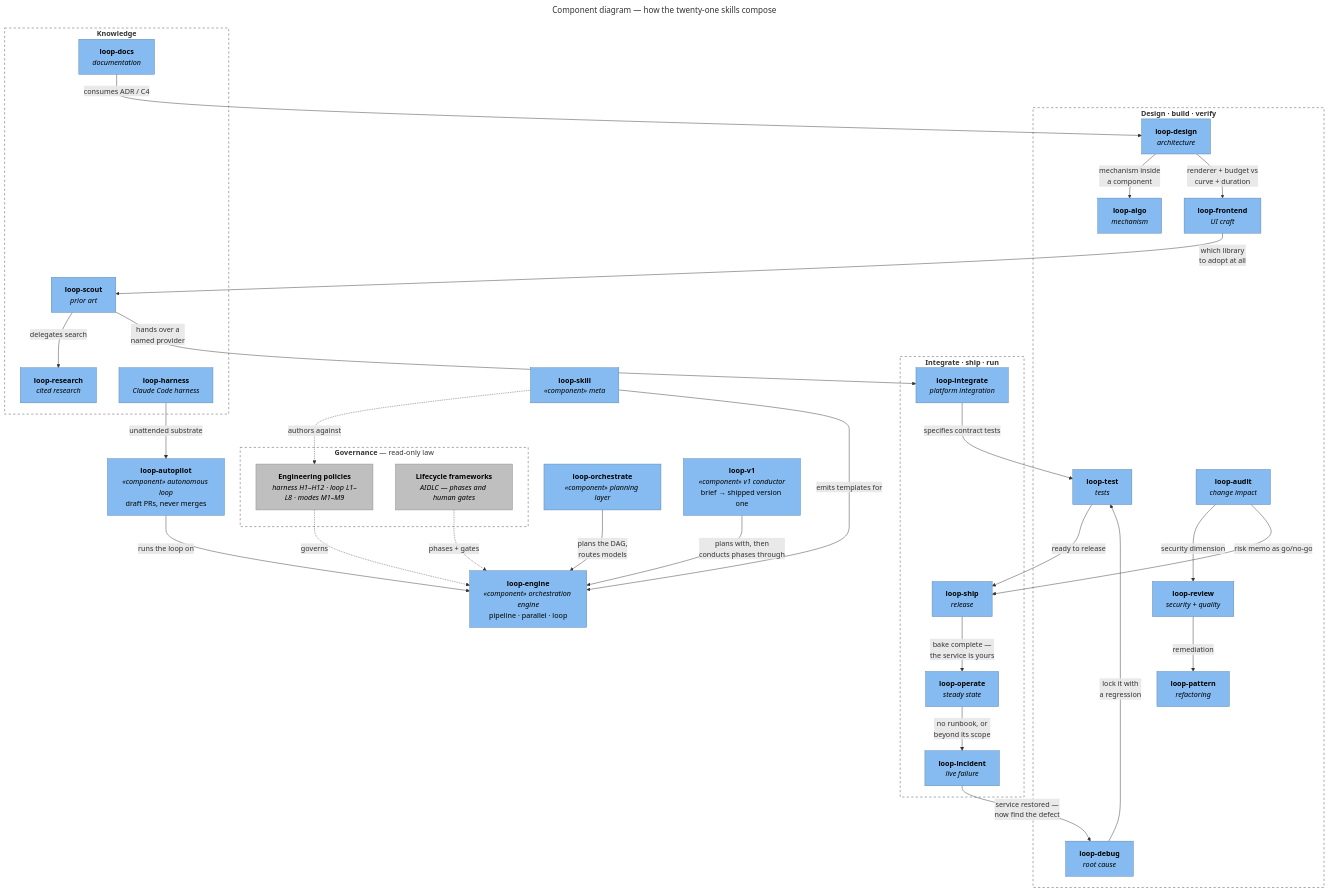
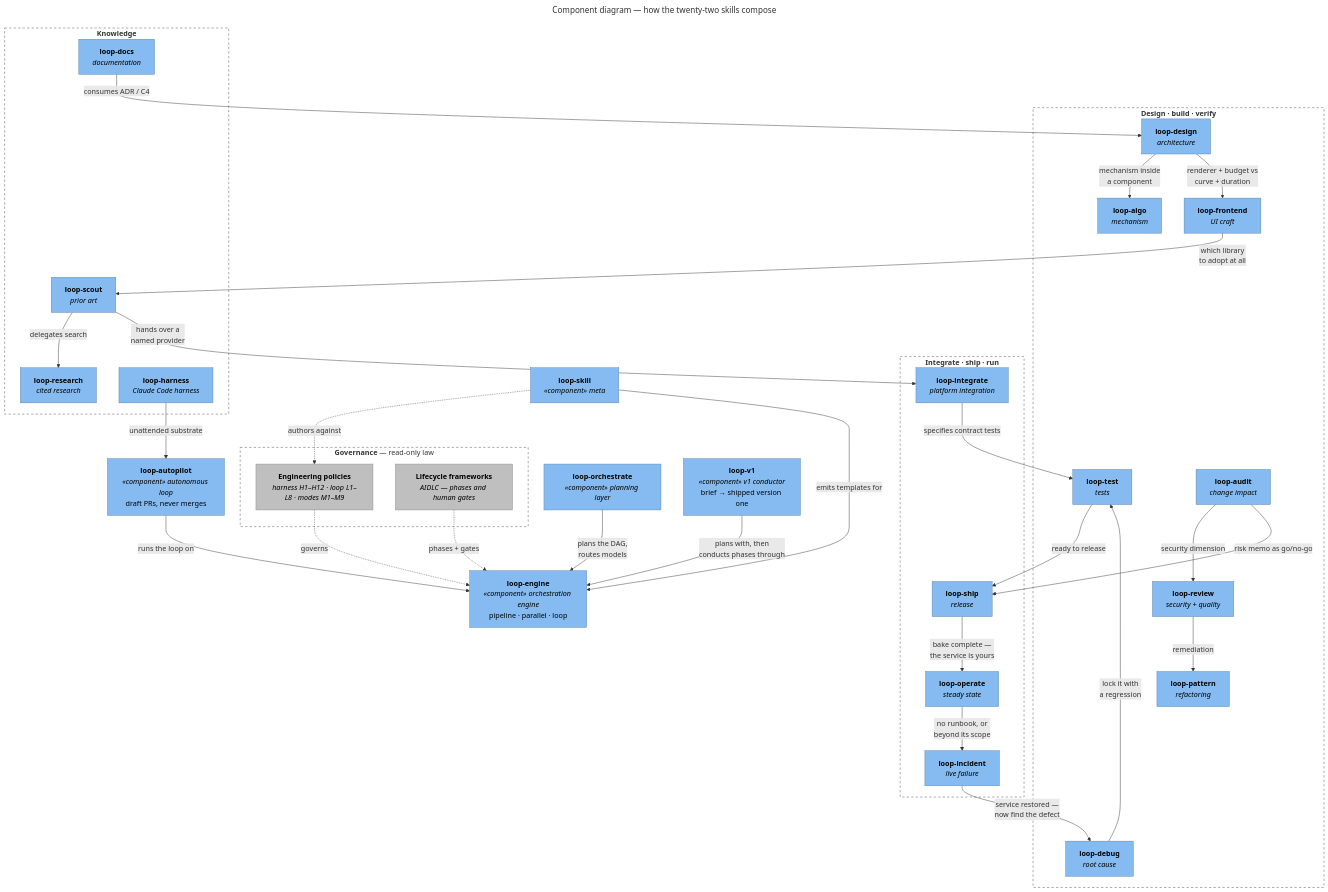
The diagram in docs/c4/diagrams/src/skill-composition.mmd (santapong/Proof), drawn with Mermaid before and after one commit. The commit also changed 23 other files, not shown here.

First line of the commit message:
Docs: add the 4+1 views, refresh the C4 diagrams, fix the counts

```diff
--- a/docs/c4/diagrams/src/skill-composition.mmd
+++ b/docs/c4/diagrams/src/skill-composition.mmd
@@ -1,74 +1,74 @@
 ---
-title: "Component diagram — how the twenty-one skills compose"
+title: "Component diagram — how the twenty-two skills compose"
 ---
 flowchart TB
     subgraph gov["<b>Governance</b> — read-only law"]
         pol["<b>Engineering policies</b><br/><i>harness H1–H12 · loop L1–L8 · modes M1–M9</i>"]
         fw["<b>Lifecycle frameworks</b><br/><i>AIDLC — phases and human gates</i>"]
     end
 
     eng["<b>loop-engine</b><br/><i>«component» orchestration engine</i><br/>pipeline · parallel · loop"]
     orch["<b>loop-orchestrate</b><br/><i>«component» planning layer</i>"]
     auto["<b>loop-autopilot</b><br/><i>«component» autonomous loop</i><br/>draft PRs, never merges"]
     mk["<b>loop-skill</b><br/><i>«component» meta</i>"]
     v1["<b>loop-v1</b><br/><i>«component» v1 conductor</i><br/>brief → shipped version one"]
 
     subgraph build["<b>Design · build · verify</b>"]
         design["<b>loop-design</b><br/><i>architecture</i>"]
         algo["<b>loop-algo</b><br/><i>mechanism</i>"]
         pat["<b>loop-pattern</b><br/><i>refactoring</i>"]
         fe["<b>loop-frontend</b><br/><i>UI craft</i>"]
         rev["<b>loop-review</b><br/><i>security + quality</i>"]
         test["<b>loop-test</b><br/><i>tests</i>"]
         aud["<b>loop-audit</b><br/><i>change impact</i>"]
         dbg["<b>loop-debug</b><br/><i>root cause</i>"]
     end
 
     subgraph run["<b>Integrate · ship · run</b>"]
         intg["<b>loop-integrate</b><br/><i>platform integration</i>"]
         ship["<b>loop-ship</b><br/><i>release</i>"]
         ops["<b>loop-operate</b><br/><i>steady state</i>"]
         inc["<b>loop-incident</b><br/><i>live failure</i>"]
     end
 
     subgraph know["<b>Knowledge</b>"]
         res["<b>loop-research</b><br/><i>cited research</i>"]
         scout["<b>loop-scout</b><br/><i>prior art</i>"]
         docs["<b>loop-docs</b><br/><i>documentation</i>"]
         harn["<b>loop-harness</b><br/><i>Claude Code harness</i>"]
     end
 
     pol -. "governs" .-> eng
     fw -. "phases + gates" .-> eng
     orch -- "plans the DAG,<br/>routes models" --> eng
     auto -- "runs the loop on" --> eng
     mk -. "authors against" .-> pol
     mk -- "emits templates for" --> eng
     v1 -- "plans with, then<br/>conducts phases through" --> eng
 
     rev -- "remediation" --> pat
     aud -- "security dimension" --> rev
     aud -- "risk memo as go/no-go" --> ship
     docs -- "consumes ADR / C4" --> design
     scout -- "delegates search" --> res
     scout -- "hands over a<br/>named provider" --> intg
     intg -- "specifies contract tests" --> test
     design -- "mechanism inside<br/>a component" --> algo
     design -- "renderer + budget vs<br/>curve + duration" --> fe
     fe -- "which library<br/>to adopt at all" --> scout
     harn -- "unattended substrate" --> auto
 
     ops -- "no runbook, or<br/>beyond its scope" --> inc
     inc -- "service restored —<br/>now find the defect" --> dbg
     dbg -- "lock it with<br/>a regression" --> test
     test -- "ready to release" --> ship
     ship -- "bake complete —<br/>the service is yours" --> ops
 
     classDef component fill:#85BBF0,stroke:#5D82A8,color:#000
     classDef law fill:#BFBFBF,stroke:#8A8A8A,color:#000
     class eng,orch,auto,mk,v1,design,algo,pat,fe,rev,test,aud,dbg,intg,ship,ops,inc,res,scout,docs,harn component
     class pol,fw law
     style gov fill:none,stroke:#444444,stroke-dasharray:5 5
     style build fill:none,stroke:#444444,stroke-dasharray:5 5
     style run fill:none,stroke:#444444,stroke-dasharray:5 5
     style know fill:none,stroke:#444444,stroke-dasharray:5 5
```
